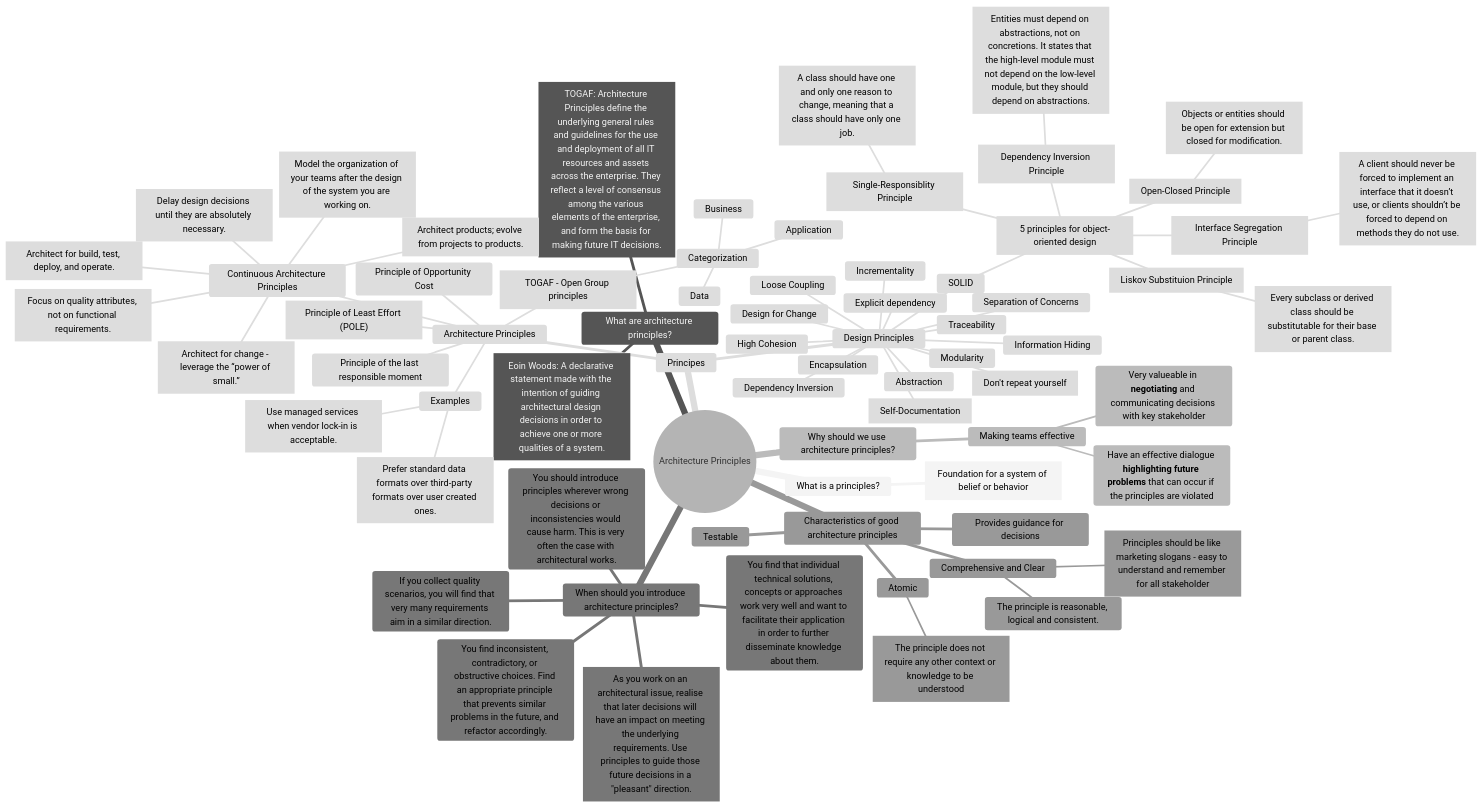
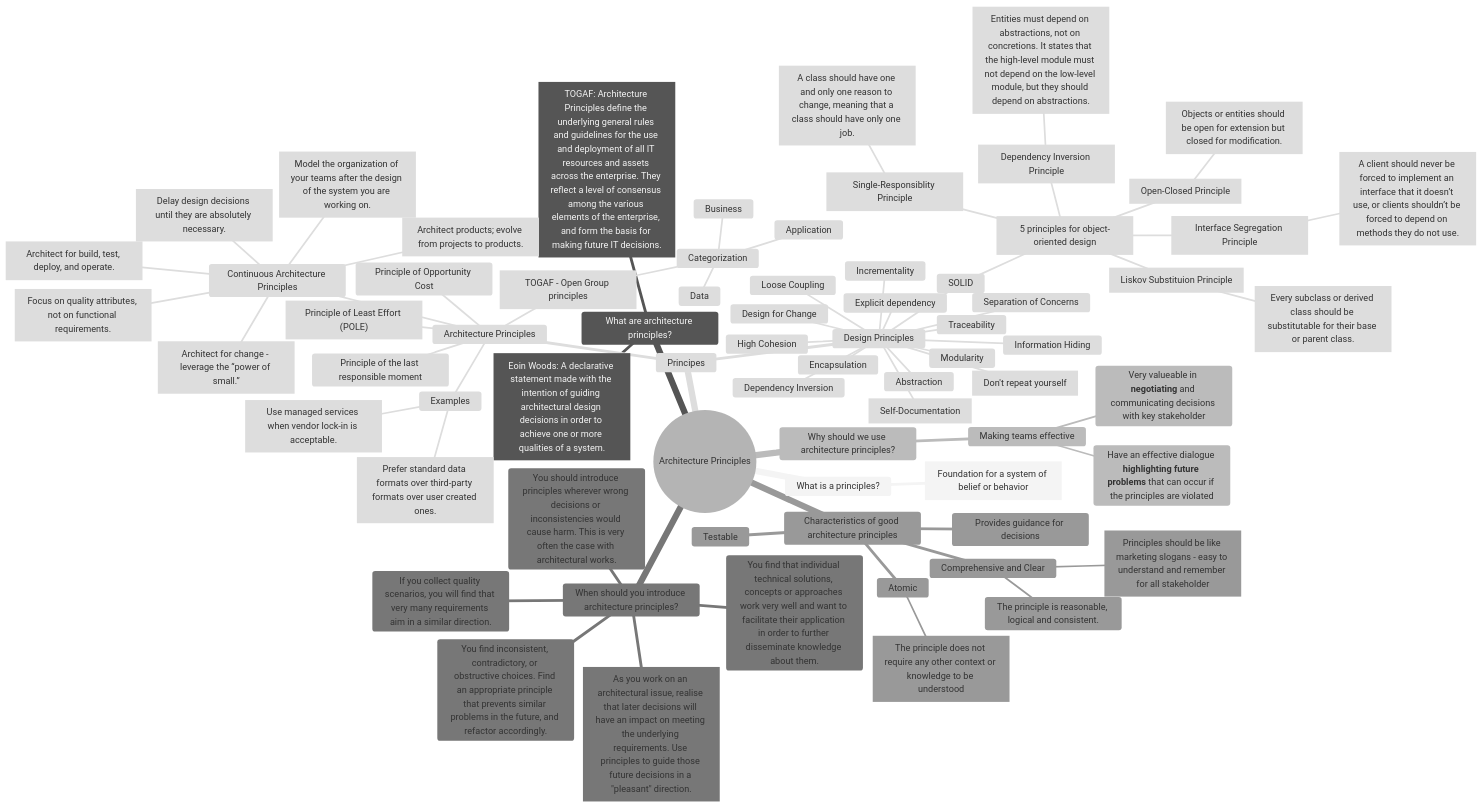
Before and after one commit to bitsmuggler/software-architecture-principles: the diagram in README.md, drawn with Mermaid.

````diff
--- a/README.md
+++ b/README.md
@@ -5,75 +5,75 @@
 ```mermaid
-%%{init: {'theme': 'neutral', 'themeVariables': {'darkMode': true} } }%%
+%%{init: {'theme': 'neutral' } }%%
 mindmap
   root((Architecture Principles))
     What is a principles?
         ["Foundation for a system of belief or behavior"]
     What are architecture principles?
         ["Eoin Woods: A declarative statement made with the intention of guiding architectural design decisions in order to achieve one or more qualities of a system."]
         ["TOGAF: Architecture Principles define the underlying general rules and guidelines for the use and deployment of all IT resources and assets across the enterprise. They reflect a level of consensus among the various elements of the enterprise, and form the basis for making future IT decisions."]
     Why should we use architecture principles?
         Making teams effective
             Very valueable in **negotiating** and communicating decisions with key stakeholder
             Have an effective dialogue **highlighting future problems** that can occur if the principles are violated
     When should you introduce architecture principles?
         You should introduce principles wherever wrong decisions or inconsistencies would cause harm. This is very often the case with architectural works.
         You find that individual technical solutions, concepts or approaches work very well and want to facilitate their application in order to further disseminate knowledge about them.
         You find inconsistent, contradictory, or obstructive choices. Find an appropriate principle that prevents similar problems in the future, and refactor accordingly.
         If you collect quality scenarios, you will find that very many requirements aim in a similar direction.
         [As you work on an architectural issue, realise that later decisions will have an impact on meeting the underlying requirements. Use principles to guide those future decisions in a "pleasant" direction.]
     Characteristics of good architecture principles
         Comprehensive and Clear
             The principle is reasonable, logical and consistent.
             ["Principles should be like marketing slogans - easy to understand and remember for all stakeholder"]
         Provides guidance for decisions
         Testable
         Atomic
             ["The principle does not require any other context or knowledge to be understood"]    
     Principes
         Architecture Principles
             ["Principle of Least Effort (POLE)"]
             Principle of Opportunity Cost
             Principle of the last responsible moment
             [TOGAF - Open Group principles]
                 Categorization
                     Business
                     Data
                     Application
             Continuous Architecture Principles
                 [Architect products; evolve from projects to products.]
                 [Focus on quality attributes, not on functional requirements.]
                 [Delay design decisions until they are absolutely necessary.]
                 [Architect for change - leverage the “power of small.”]
                 [Architect for build, test, deploy, and operate.]
                 [Model the organization of your teams after the design of the system you are working on.]
             Examples
                 [Use managed services when vendor lock-in is acceptable.]
                 [Prefer standard data formats over third-party formats over user created ones.]
         Design Principles
             SOLID
                 [5 principles for object-oriented design]
                     [Single-Responsiblity Principle]
                         [A class should have one and only one reason to change, meaning that a class should have only one job.]
                     [Open-Closed Principle]
                         [Objects or entities should be open for extension but closed for modification.]
                     [Liskov Substituion Principle]
                         [Every subclass or derived class should be substitutable for their base or parent class.]
                     [Interface Segregation Principle]
                         [A client should never be forced to implement an interface that it doesn’t use, or clients shouldn’t be forced to depend on methods they do not use.]
                     [Dependency Inversion Principle]
                         [Entities must depend on abstractions, not on concretions. It states that the high-level module must not depend on the low-level module, but they should depend on abstractions.]
             Loose Coupling
             High Cohesion
             Design for Change
             Information Hiding
             Abstraction
             Modularity
             Traceability
             [Self-Documentation]
             Incrementality
             Separation of Concerns
             Encapsulation
             [Don't repeat yourself]
             Dependency Inversion
             Explicit dependency
 ```
````
